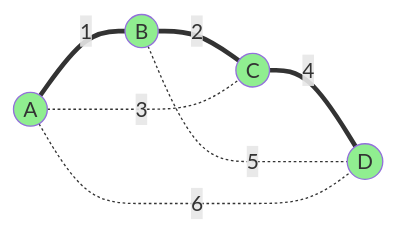
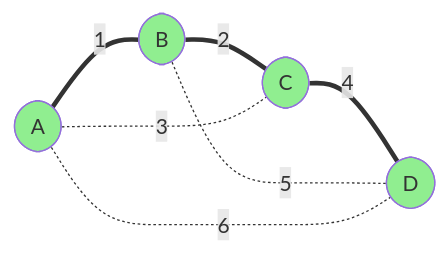
One commit to freeedoooooo/algs changed the fourth of 4 diagrams in my-notes/01-基础巩固/11-图相关的算法/05-最小生成树-Kruskal算法.md. Above: the diagram before and after it, drawn with Mermaid. The commit also changed other lines of this file, not shown here.

````diff
--- a/my-notes/01-基础巩固/11-图相关的算法/05-最小生成树-Kruskal算法.md
+++ b/my-notes/01-基础巩固/11-图相关的算法/05-最小生成树-Kruskal算法.md
@@ -217,14 +229,14 @@
 ```mermaid
 graph LR
-    A((A)) ===|1| B((B))
-    B ===|2| C((C))
-    C ===|4| D((D))
-    A -.-|3| C
-    B -.-|5| D
-    A -.-|6| D
+    A(["A"]) ===|"1"| B(["B"])
+    B ===|"2"| C(["C"])
+    C ===|"4"| D(["D"])
+    A -.-|"3"| C
+    B -.-|"5"| D
+    A -.-|"6"| D
     
     style A fill:#90EE90
     style B fill:#90EE90
     style C fill:#90EE90
     style D fill:#90EE90
 ```
````
